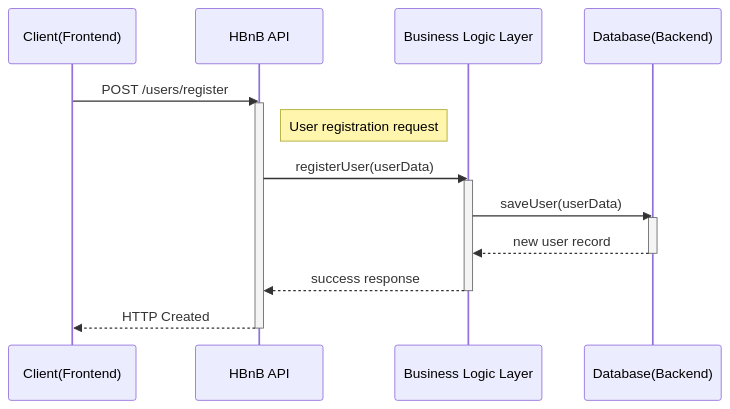
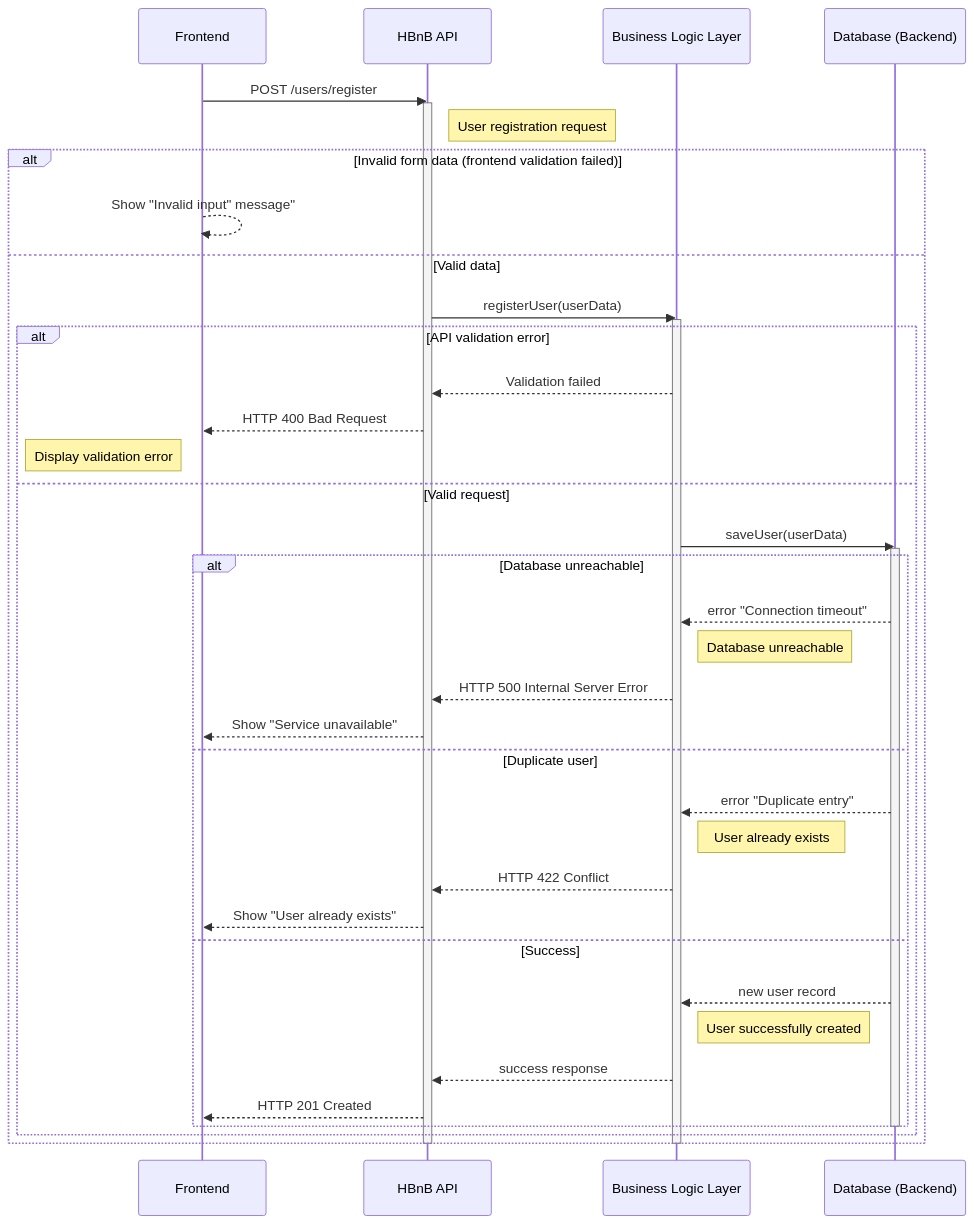
Before and after one commit to Mathieu7483/holbertonschool-hbnb: the first of 4 diagrams in part1/Sequence Diagrams for API Calls.md, drawn with Mermaid.

Commit message:
Refactor sequence diagram for user registration

````diff
--- a/part1/Sequence Diagrams for API Calls.md
+++ b/part1/Sequence Diagrams for API Calls.md
@@ -7,26 +7,48 @@
 ```mermaid
 sequenceDiagram
-    participant Client(Frontend)
+    participant Client as Frontend
     participant API as HBnB API
     participant BL as Business Logic Layer
-    participant Database(Backend)
+    participant DB as Database (Backend)
 
-    Client(Frontend)->>API: POST /users/register
+    Client->>API: POST /users/register
     activate API
     Note right of API: User registration request
 
-    API->>BL: registerUser(userData)
-    activate BL
+    alt Invalid form data (frontend validation failed)
+        Client-->>Client: Show "Invalid input" message"
+    else Valid data
+        API->>BL: registerUser(userData)
+        activate BL
 
-    BL->>Database(Backend): saveUser(userData)
-    activate Database(Backend)
-;
-    Database(Backend)-->>BL: new user record
-    deactivate Database(Backend)
+        alt API validation error
+            BL-->>API: Validation failed
+            API-->>Client: HTTP 400 Bad Request
+            Note left of Client: Display validation error
+        else Valid request
+            BL->>DB: saveUser(userData)
+            activate DB
 
-    BL-->>API: success response
+            alt Database unreachable
+                DB-->>BL: error "Connection timeout"
+                Note right of BL: Database unreachable
+                BL-->>API: HTTP 500 Internal Server Error
+                API-->>Client: Show "Service unavailable"
+            else Duplicate user
+                DB-->>BL: error "Duplicate entry"
+                Note right of BL: User already exists
+                BL-->>API: HTTP 422 Conflict
+                API-->>Client: Show "User already exists"
+            else Success
+                DB-->>BL: new user record
+                Note right of BL: User successfully created
+                BL-->>API: success response
+                API-->>Client: HTTP 201 Created
+            end
+            deactivate DB
+        end
+    end
+
     deactivate BL
-
-    API-->>Client(Frontend): HTTP Created
     deactivate API
 ```
````
